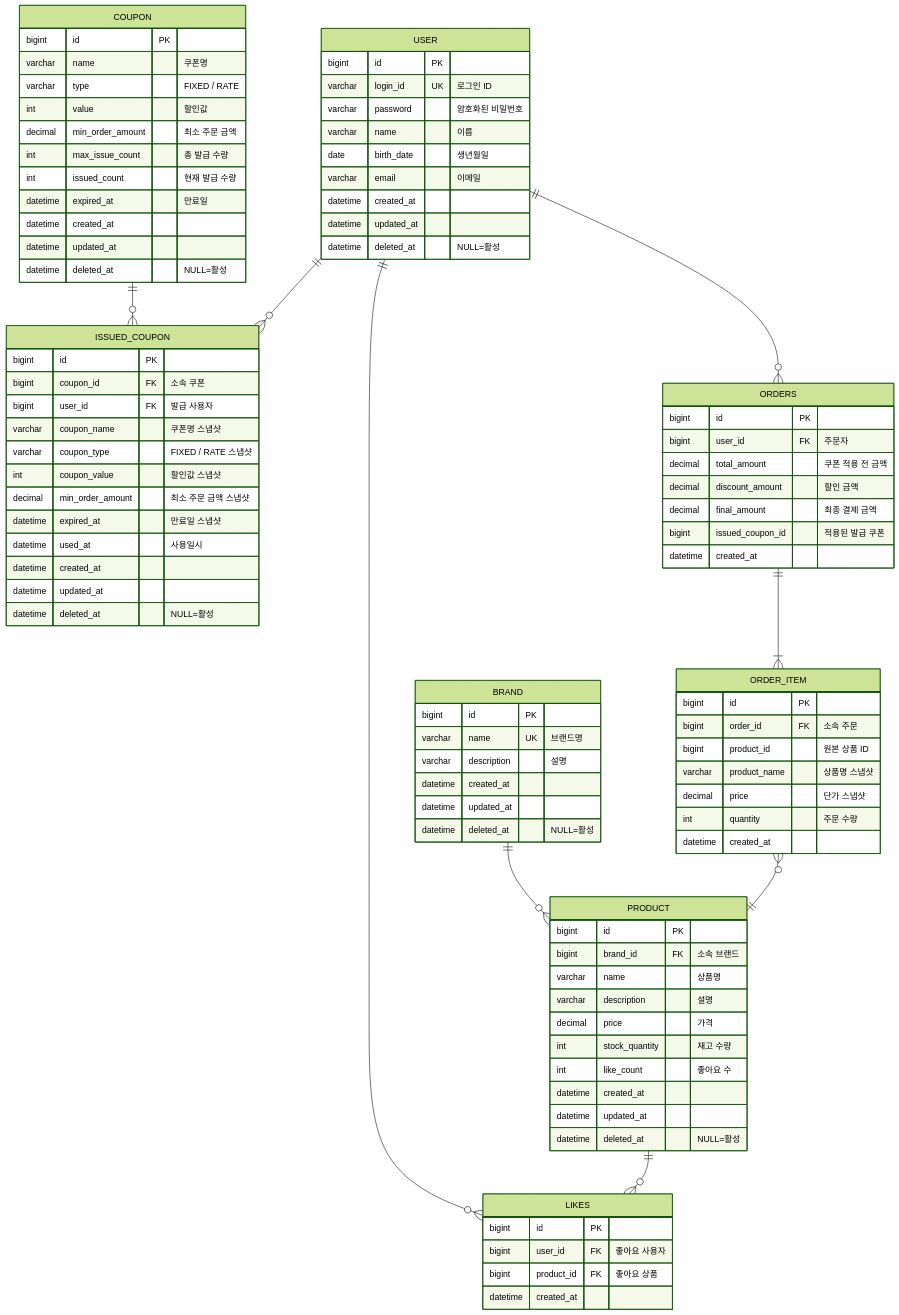
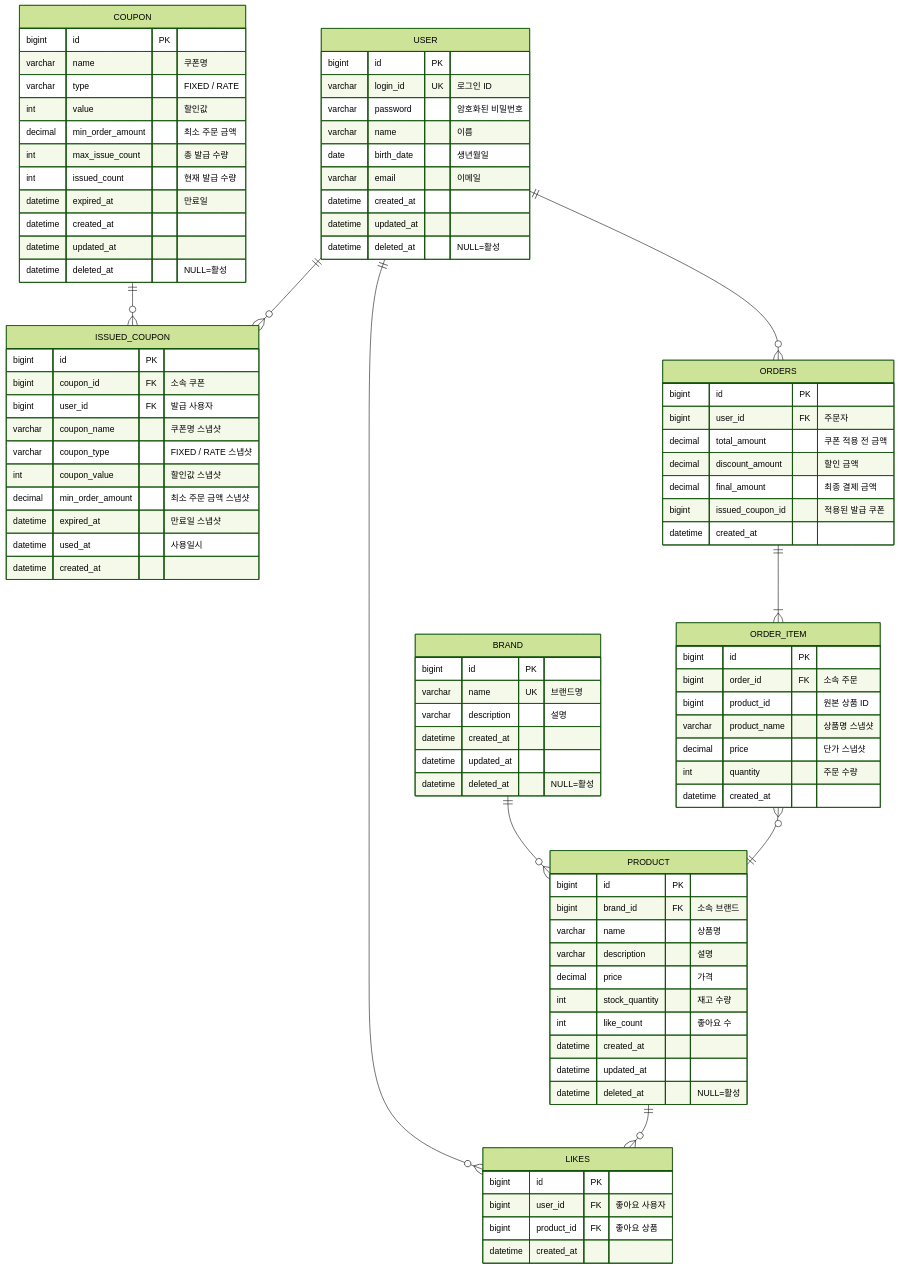
The diagram in docs/design/erd.md (Loopers-dev-lab/loop-pack-be-l2-vol3-java), drawn with Mermaid (forest theme) before and after one commit. The commit also changed other lines of this file and 9 other files, not shown here.

```diff
--- a/docs/design/erd.md
+++ b/docs/design/erd.md
@@ -73,8 +73,6 @@
         datetime expired_at "만료일 스냅샷"
         datetime used_at "사용일시"
         datetime created_at
-        datetime updated_at
-        datetime deleted_at "NULL=활성"
     }
 
     ORDERS {
```
